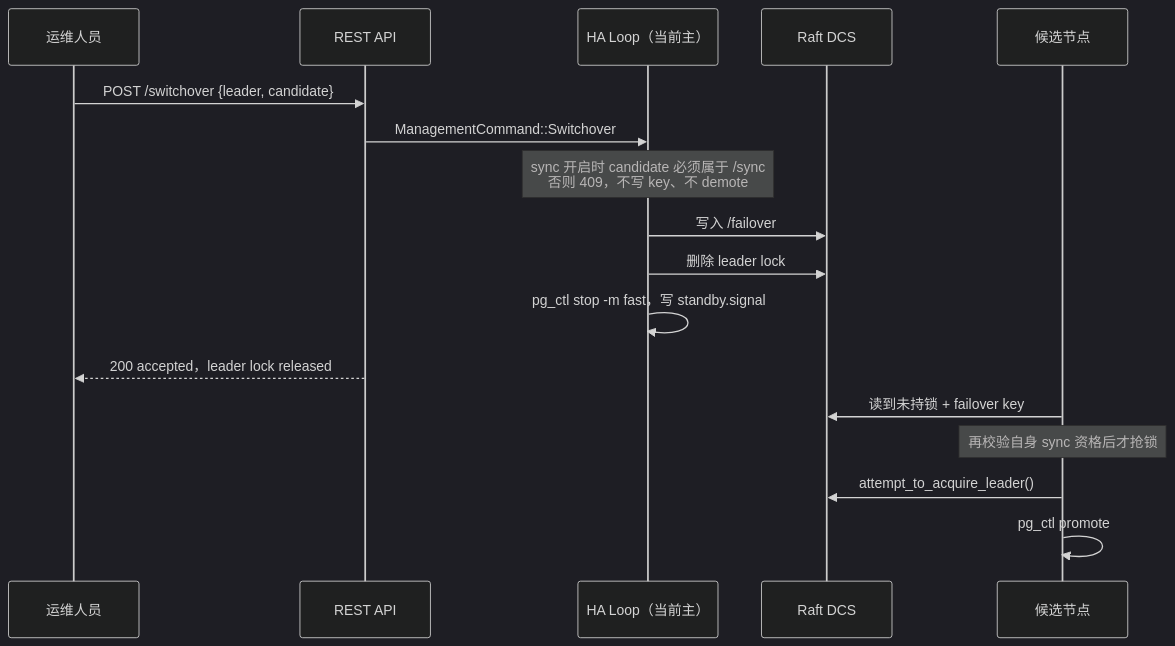
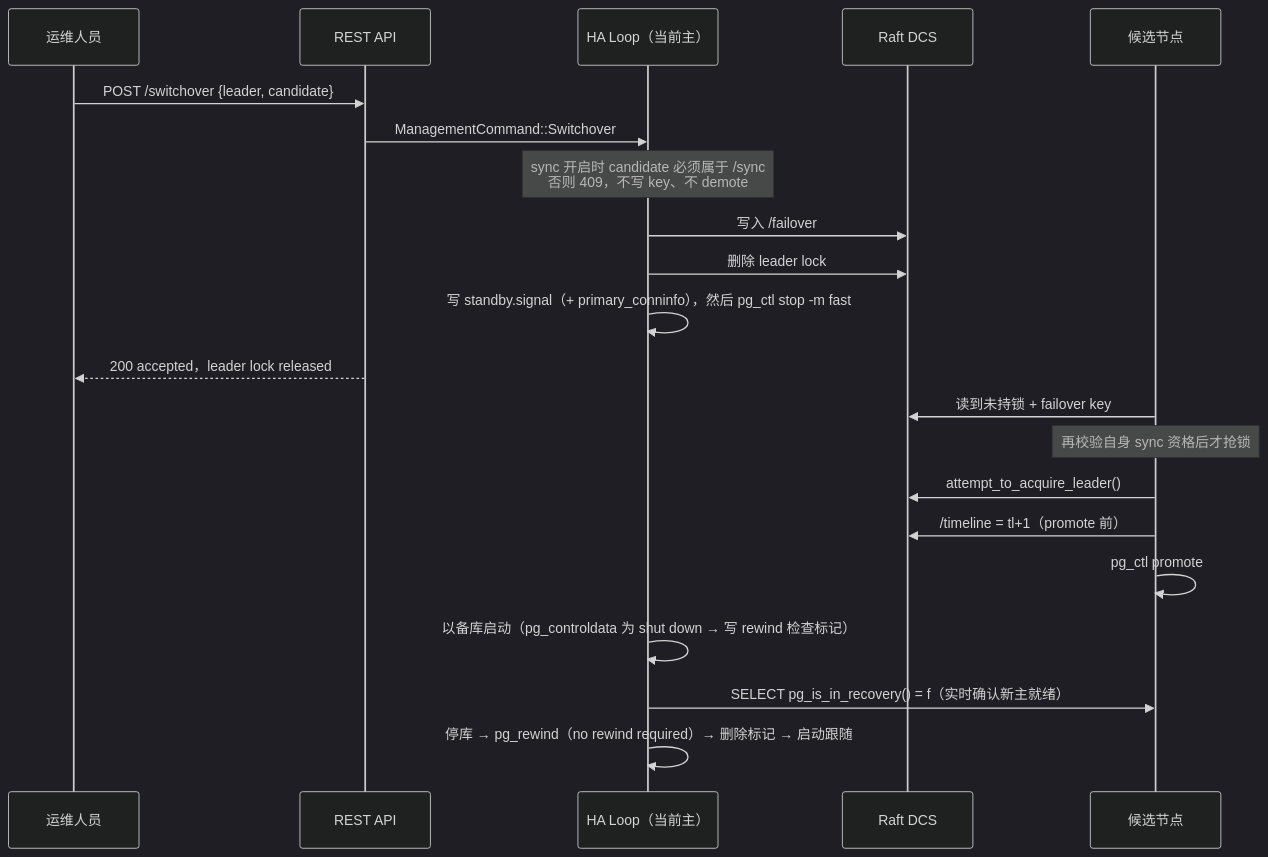
Before and after one commit to seraphico/pg-ha: the first of 2 diagrams in docs/operations-guide.md, drawn with Mermaid (dark theme). The commit also changed other lines of this file and 10 other files, not shown here.

````diff
--- a/docs/operations-guide.md
+++ b/docs/operations-guide.md
@@ -192,20 +198,24 @@
 ```mermaid
 sequenceDiagram
     participant Admin as 运维人员
     participant API as REST API
     participant HA as HA Loop（当前主）
     participant DCS as Raft DCS
     participant New as 候选节点
 
     Admin->>API: POST /switchover {leader, candidate}
     API->>HA: ManagementCommand::Switchover
     Note over HA: sync 开启时 candidate 必须属于 /sync<br/>否则 409，不写 key、不 demote
     HA->>DCS: 写入 /failover
     HA->>DCS: 删除 leader lock
-    HA->>HA: pg_ctl stop -m fast，写 standby.signal
+    HA->>HA: 写 standby.signal（+ primary_conninfo），然后 pg_ctl stop -m fast
     API-->>Admin: 200 accepted，leader lock released
     New->>DCS: 读到未持锁 + failover key
     Note over New: 再校验自身 sync 资格后才抢锁
     New->>DCS: attempt_to_acquire_leader()
+    New->>DCS: /timeline = tl+1（promote 前）
     New->>New: pg_ctl promote
+    HA->>HA: 以备库启动（pg_controldata 为 shut down → 写 rewind 检查标记）
+    HA->>New: SELECT pg_is_in_recovery() = f（实时确认新主就绪）
+    HA->>HA: 停库 → pg_rewind（no rewind required）→ 删除标记 → 启动跟随
 ```
````
